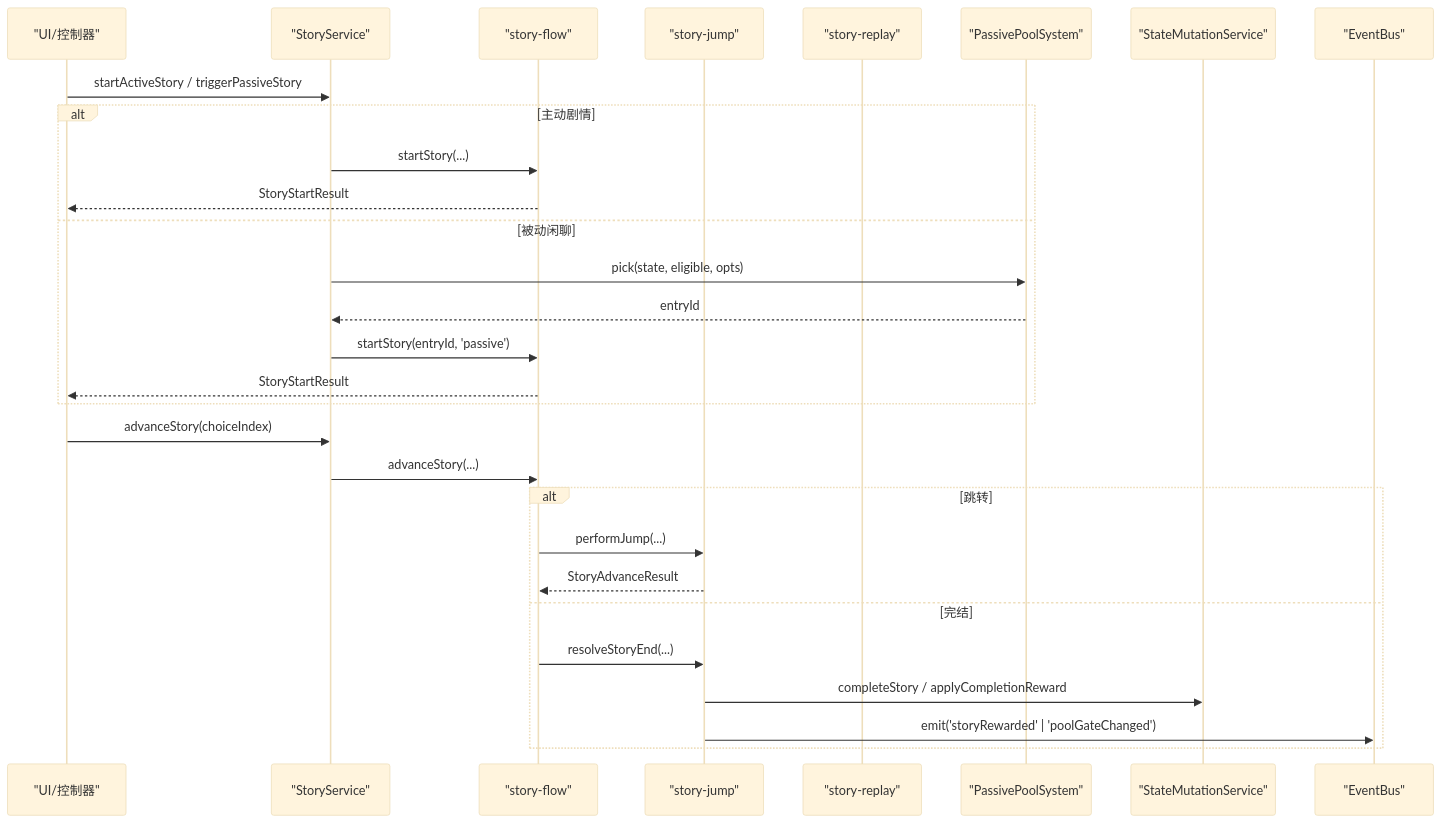
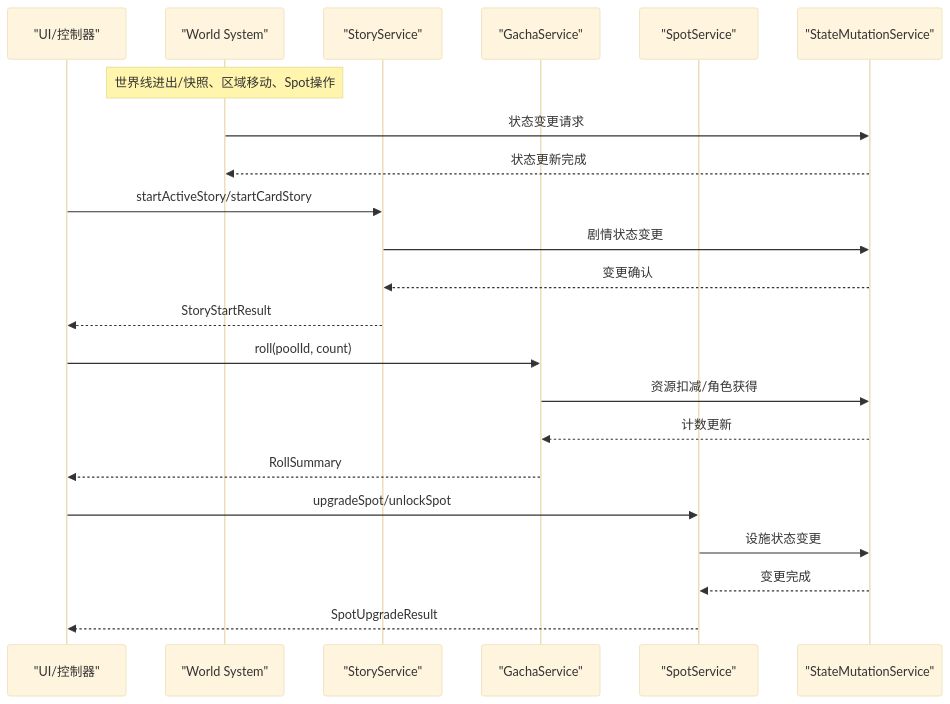
Before and after one commit to EsiLA9/Arona-Clicker: the second of 6 diagrams in .qoder/repowiki/zh/content/游戏系统/游戏系统.md, drawn with Mermaid (base theme). The commit also changed other lines of this file and 45 other files, not shown here.

````diff
--- a/.qoder/repowiki/zh/content/游戏系统/游戏系统.md
+++ b/.qoder/repowiki/zh/content/游戏系统/游戏系统.md
@@ -119,31 +139,24 @@
 ```mermaid
 sequenceDiagram
 participant UI as "UI/控制器"
+participant WS as "World System"
 participant SS as "StoryService"
-participant SF as "story-flow"
-participant SJ as "story-jump"
-participant SR as "story-replay"
-participant PE as "PassivePoolSystem"
-participant SE as "StateMutationService"
-participant EB as "EventBus"
-UI->>SS : startActiveStory / triggerPassiveStory
-alt 主动剧情
-SS->>SF : startStory(...)
-SF-->>UI : StoryStartResult
-else 被动闲聊
-SS->>PE : pick(state, eligible, opts)
-PE-->>SS : entryId
-SS->>SF : startStory(entryId, 'passive')
-SF-->>UI : StoryStartResult
-end
-UI->>SS : advanceStory(choiceIndex)
-SS->>SF : advanceStory(...)
-alt 跳转
-SF->>SJ : performJump(...)
-SJ-->>SF : StoryAdvanceResult
-else 完结
-SF->>SJ : resolveStoryEnd(...)
-SJ->>SE : completeStory / applyCompletionReward
-SJ->>EB : emit('storyRewarded' | 'poolGateChanged')
-end
+participant GS as "GachaService"
+participant SP as "SpotService"
+participant MS as "StateMutationService"
+Note over WS : 世界线进出/快照、区域移动、Spot操作
+WS->>MS : 状态变更请求
+MS-->>WS : 状态更新完成
+UI->>SS : startActiveStory/startCardStory
+SS->>MS : 剧情状态变更
+MS-->>SS : 变更确认
+SS-->>UI : StoryStartResult
+UI->>GS : roll(poolId, count)
+GS->>MS : 资源扣减/角色获得
+MS-->>GS : 计数更新
+GS-->>UI : RollSummary
+UI->>SP : upgradeSpot/unlockSpot
+SP->>MS : 设施状态变更
+MS-->>SP : 变更完成
+SP-->>UI : SpotUpgradeResult
 ```
````
